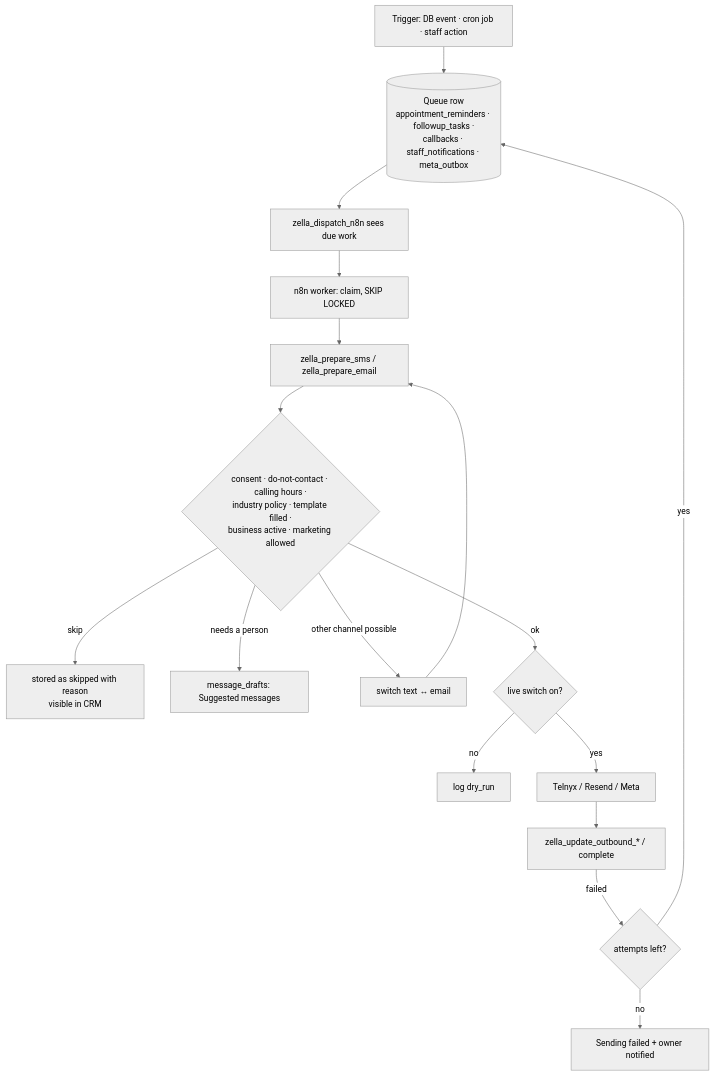
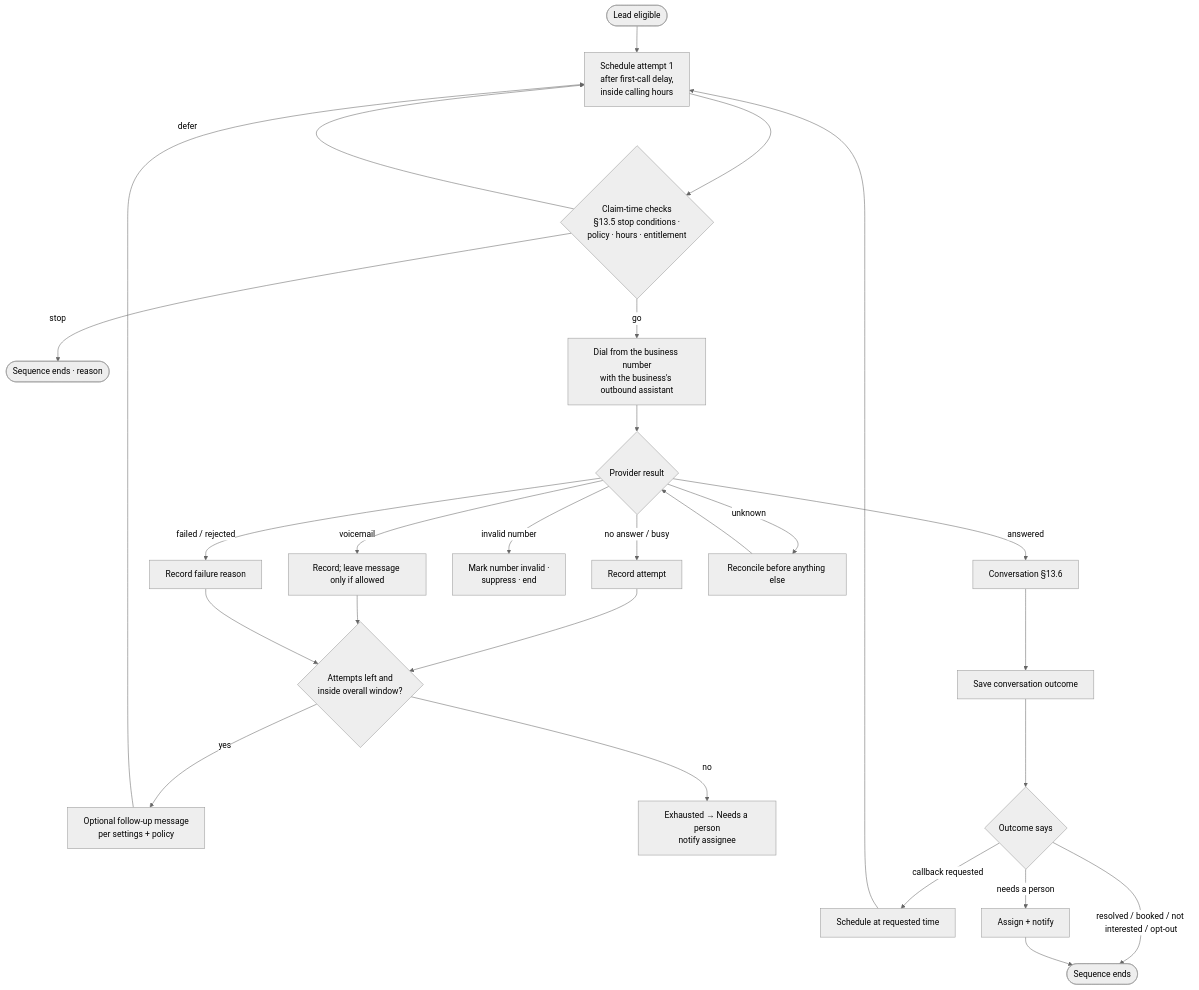
One commit to singhdhruv525-source/Zella-AI changed the tenth of 14 diagrams in docs/ARCHITECTURE.md. Above: the diagram before and after it, drawn with Mermaid (neutral theme). The commit also changed other lines of this file and 1 other file, not shown here.

````diff
--- a/docs/ARCHITECTURE.md
+++ b/docs/ARCHITECTURE.md
@@ -499,19 +714,23 @@
 ```mermaid
 flowchart TD
-  t[Trigger: DB event · cron job · staff action] --> q[(Queue row<br/>appointment_reminders · followup_tasks ·<br/>callbacks · staff_notifications · meta_outbox)]
-  q --> d[zella_dispatch_n8n sees due work]
-  d --> w[n8n worker: claim, SKIP LOCKED]
-  w --> p[zella_prepare_sms / zella_prepare_email]
-  p --> chk{consent · do-not-contact · calling hours ·<br/>industry policy · template filled ·<br/>business active · marketing allowed}
-  chk -- skip --> s[stored as skipped with reason<br/>visible in CRM]
-  chk -- needs a person --> dr[message_drafts: Suggested messages]
-  chk -- other channel possible --> fb[switch text ↔ email]
-  fb --> p
-  chk -- ok --> live{live switch on?}
-  live -- no --> dry[log dry_run]
-  live -- yes --> send[Telnyx / Resend / Meta]
-  send --> rep[zella_update_outbound_* / complete]
-  rep -- failed --> retry{attempts left?}
-  retry -- yes --> q
-  retry -- no --> fail[Sending failed + owner notified]
+  start([Lead eligible]) --> sch[Schedule attempt 1<br/>after first-call delay,<br/>inside calling hours]
+  sch --> pre{Claim-time checks<br/>§13.5 stop conditions ·<br/>policy · hours · entitlement}
+  pre -- stop --> end1([Sequence ends · reason])
+  pre -- defer --> sch
+  pre -- go --> dial[Dial from the business number<br/>with the business's outbound assistant]
+  dial --> res{Provider result}
+  res -- answered --> conv[Conversation §13.6]
+  res -- no answer / busy --> na[Record attempt]
+  res -- voicemail --> vm[Record; leave message only if allowed]
+  res -- invalid number --> inv[Mark number invalid ·<br/>suppress · end]
+  res -- failed / rejected --> fl[Record failure reason]
+  res -- unknown --> rec[Reconcile before anything else]
+  rec --> res
+  na & vm & fl --> more{Attempts left and<br/>inside overall window?}
+  more -- yes --> fu[Optional follow-up message<br/>per settings + policy] --> sch
+  more -- no --> ex[Exhausted → Needs a person<br/>notify assignee]
+  conv --> out[Save conversation outcome] --> next{Outcome says}
+  next -- resolved / booked / not interested / opt-out --> end2([Sequence ends])
+  next -- callback requested --> cbk[Schedule at requested time] --> sch
+  next -- needs a person --> hp[Assign + notify] --> end2
 ```
````
